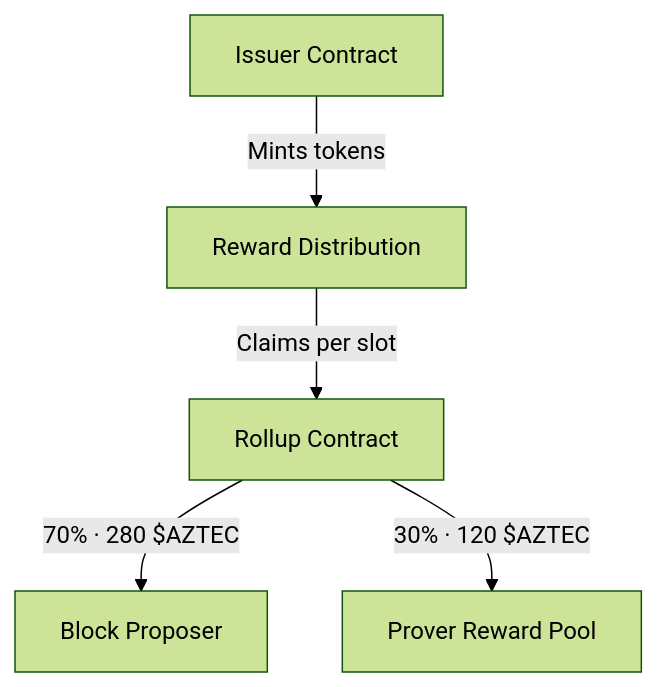
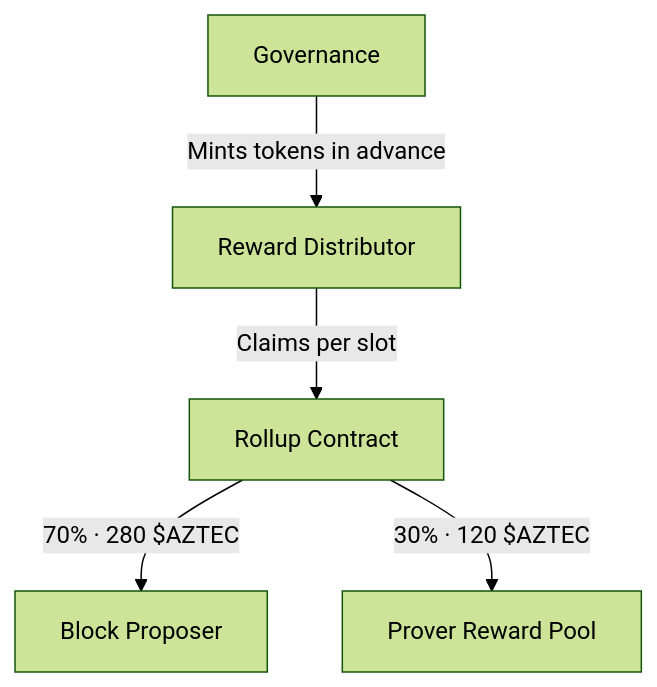
The diagram in docs/docs-network/concepts/economics/index.md (aztec-labs-eng/aztec-node), drawn with Mermaid (forest theme) before and after one commit. The commit also changed other lines of this file and 7 other files, not shown here.

````diff
--- a/docs/docs-network/concepts/economics/index.md
+++ b/docs/docs-network/concepts/economics/index.md
@@ -31,7 +31,7 @@
 ```mermaid
 flowchart TD
-    Issuer[Issuer Contract] -->|Mints tokens| Dist[Reward Distribution]
+    Governance[Governance] -->|Mints tokens in advance| Dist[Reward Distributor]
     Dist -->|Claims per slot| Rollup[Rollup Contract]
     Rollup -->|70% · 280 $AZTEC| Seq[Block Proposer]
     Rollup -->|30% · 120 $AZTEC| ProverPool[Prover Reward Pool]
 ```
````
